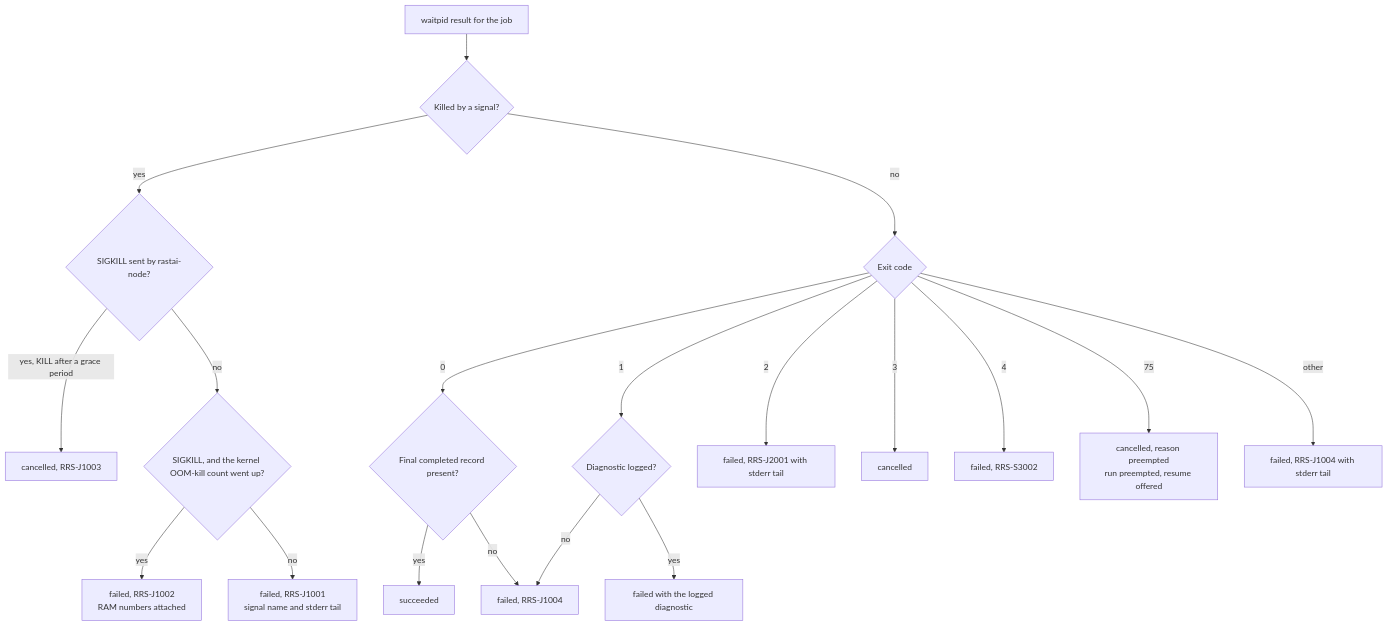
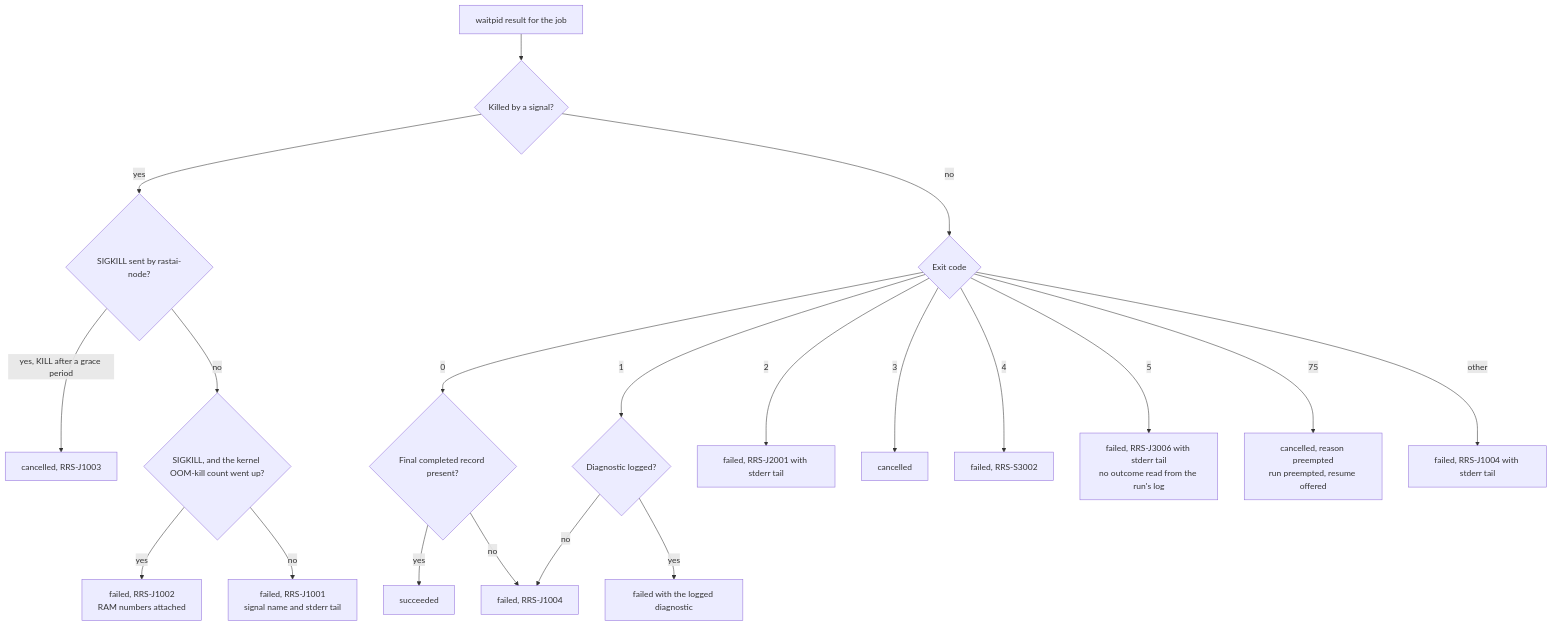
Before and after one commit to Snubiss/RASTAI-Research-Studio: diagram 24 of 55 in docs/architecture/flows/platform.md, drawn with Mermaid. The commit also changed other lines of this file and 8 other files, not shown here.

````diff
--- a/docs/architecture/flows/platform.md
+++ b/docs/architecture/flows/platform.md
@@ -1162,21 +1165,22 @@
 ```mermaid
 flowchart TD
   A["waitpid result for the job"] --> S{"Killed by a signal?"}
   S -->|"yes"| WHO{"SIGKILL sent by rastai-node?"}
   WHO -->|"yes, KILL after a grace period"| CAN["cancelled, RRS-J1003"]
   WHO -->|"no"| OOM{"SIGKILL, and the kernel OOM-kill count went up?"}
   OOM -->|"yes"| OOMK["failed, RRS-J1002<br/>RAM numbers attached"]
   OOM -->|"no"| SIG["failed, RRS-J1001<br/>signal name and stderr tail"]
   S -->|"no"| X{"Exit code"}
   X -->|"0"| FR{"Final completed record present?"}
   FR -->|"yes"| OK["succeeded"]
   FR -->|"no"| BAD["failed, RRS-J1004"]
   X -->|"1"| DG{"Diagnostic logged?"}
   DG -->|"yes"| DGY["failed with the logged diagnostic"]
   DG -->|"no"| BAD
   X -->|"2"| BL["failed, RRS-J2001 with stderr tail"]
   X -->|"3"| CN["cancelled"]
   X -->|"4"| DF["failed, RRS-S3002"]
+  X -->|"5"| LK["failed, RRS-J3006 with stderr tail<br/>no outcome read from the run's log"]
   X -->|"75"| PR["cancelled, reason preempted<br/>run preempted, resume offered"]
   X -->|"other"| OT["failed, RRS-J1004 with stderr tail"]
 ```
````
